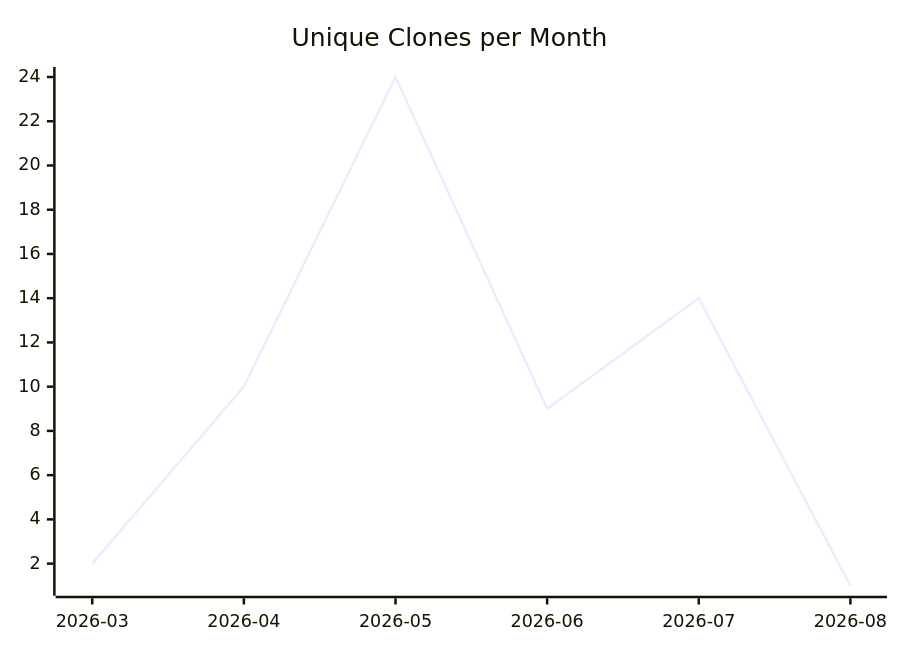
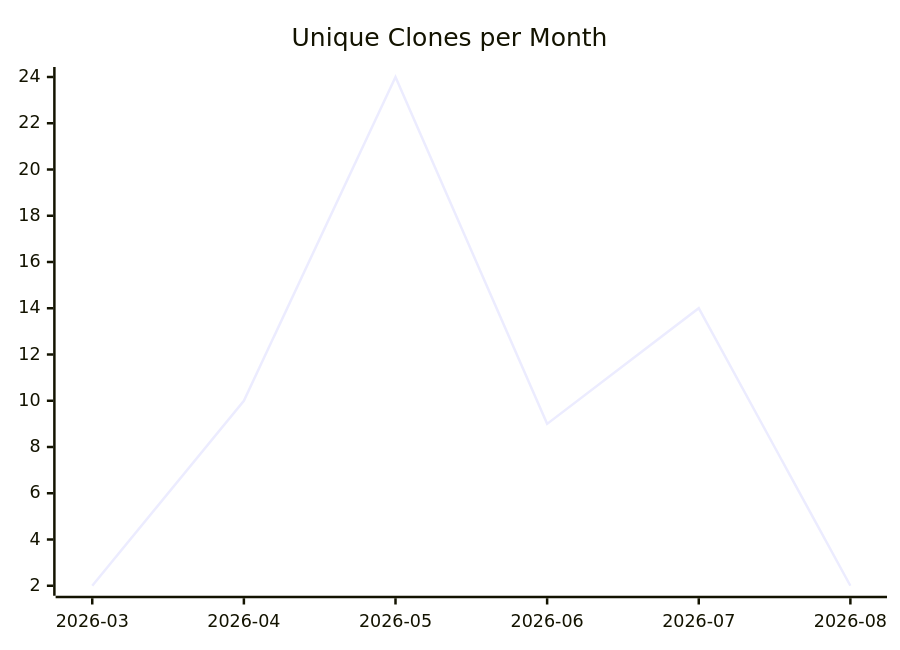
One commit to justdavis-family/github-analytics-data changed the third of 3 diagrams in karlmdavis/xmlpull/README.md. Above: the diagram before and after it, drawn with Mermaid. The commit also changed other lines of this file and 184 other files, not shown here.

````diff
--- a/karlmdavis/xmlpull/README.md
+++ b/karlmdavis/xmlpull/README.md
@@ -19,6 +19,6 @@
 ```mermaid
 xychart-beta
   title "Unique Clones per Month"
   x-axis ["2026-03", "2026-04", "2026-05", "2026-06", "2026-07", "2026-08"]
-  line [2, 10, 24, 9, 14, 1]
+  line [2, 10, 24, 9, 14, 2]
 ```
````
